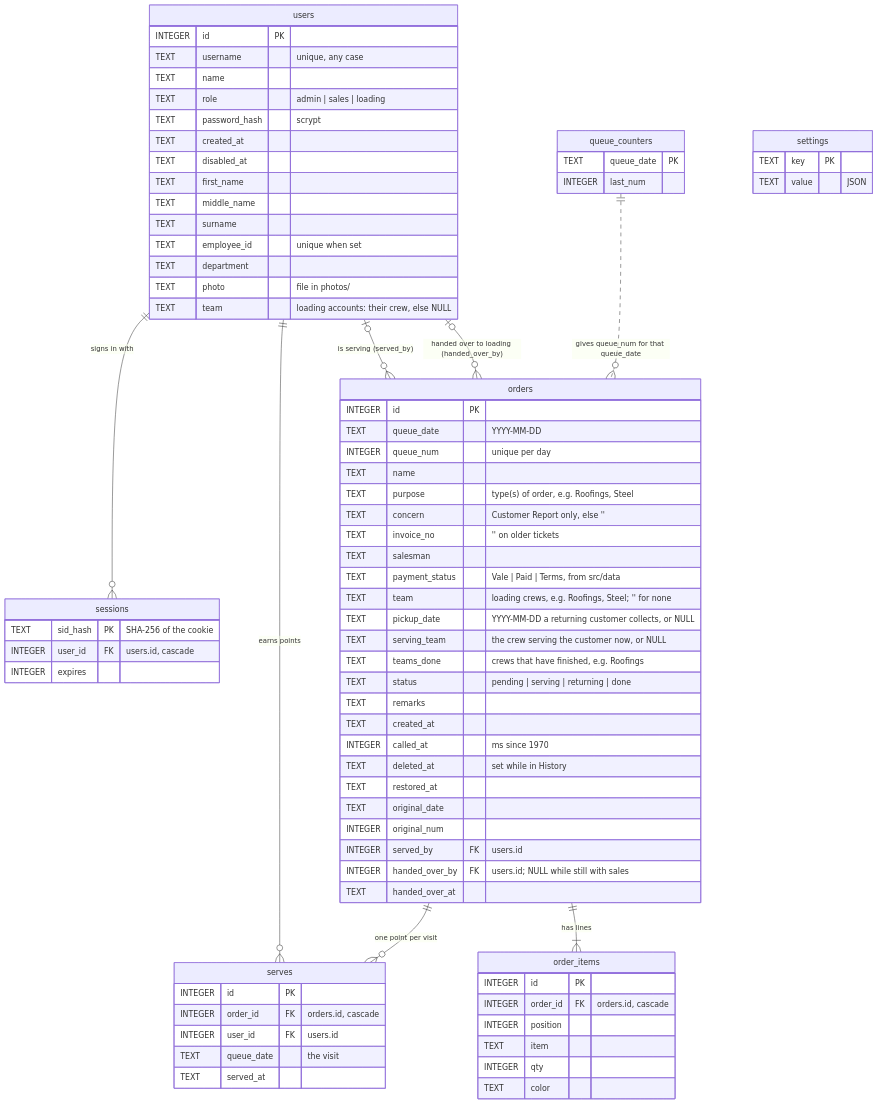
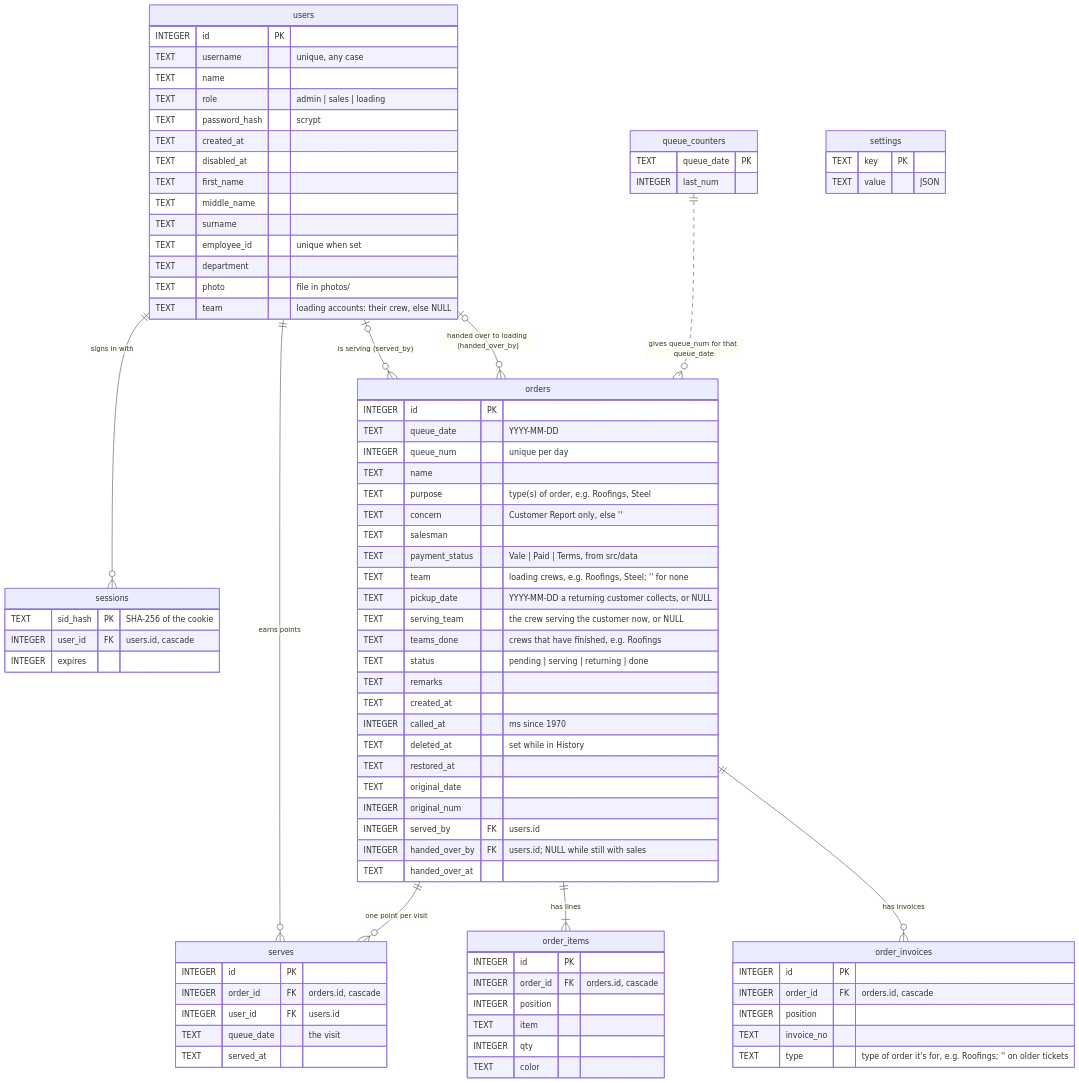
One commit to gabrielgutz18/Sheehan-QMS changed the second of 2 diagrams in DATABASE.md. Above: the diagram before and after it, drawn with Mermaid. The commit also changed other lines of this file and 29 other files, not shown here.

```diff
--- a/DATABASE.md
+++ b/DATABASE.md
@@ -212,6 +213,7 @@
     users |o--o{ orders : "is serving (served_by)"
     users |o--o{ orders : "handed over to loading (handed_over_by)"
     orders ||--|{ order_items : "has lines"
+    orders ||--o{ order_invoices : "has invoices"
     orders ||--o{ serves : "one point per visit"
     queue_counters ||..o{ orders : "gives queue_num for that queue_date"
 
@@ -222,7 +224,6 @@
         TEXT name
         TEXT purpose "type(s) of order, e.g. Roofings, Steel"
         TEXT concern "Customer Report only, else ''"
-        TEXT invoice_no "'' on older tickets"
         TEXT salesman
         TEXT payment_status "Vale | Paid | Terms, from src/data"
         TEXT team "loading crews, e.g. Roofings, Steel; '' for none"
@@ -248,6 +249,13 @@
         TEXT item
         INTEGER qty
         TEXT color
+    }
+    order_invoices {
+        INTEGER id PK
+        INTEGER order_id FK "orders.id, cascade"
+        INTEGER position
+        TEXT invoice_no
+        TEXT type "type of order it's for, e.g. Roofings; '' on older tickets"
     }
     queue_counters {
         TEXT queue_date PK
```
